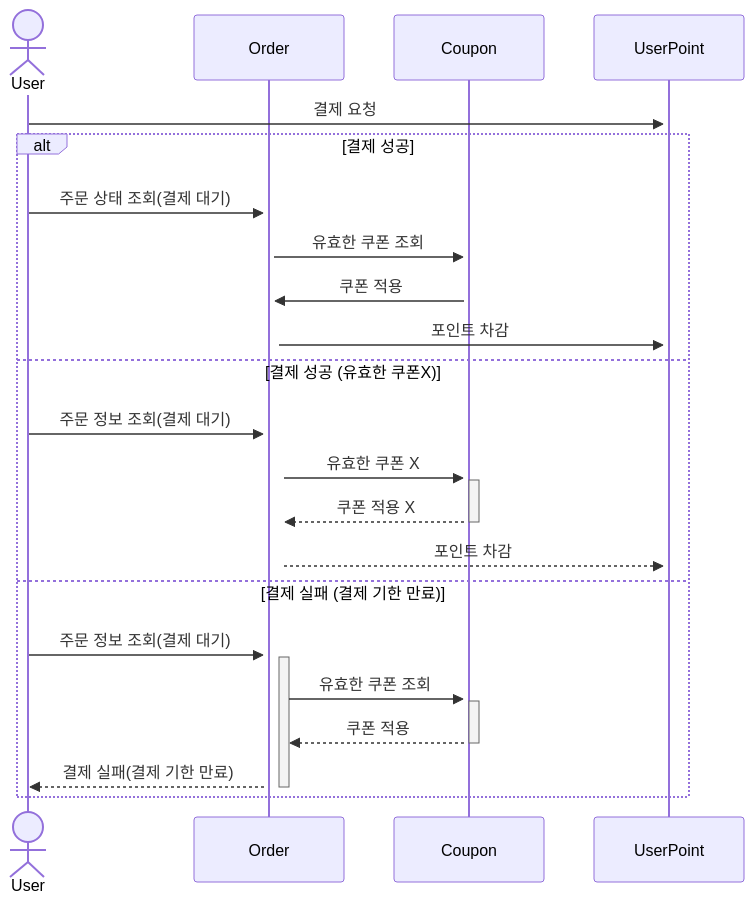
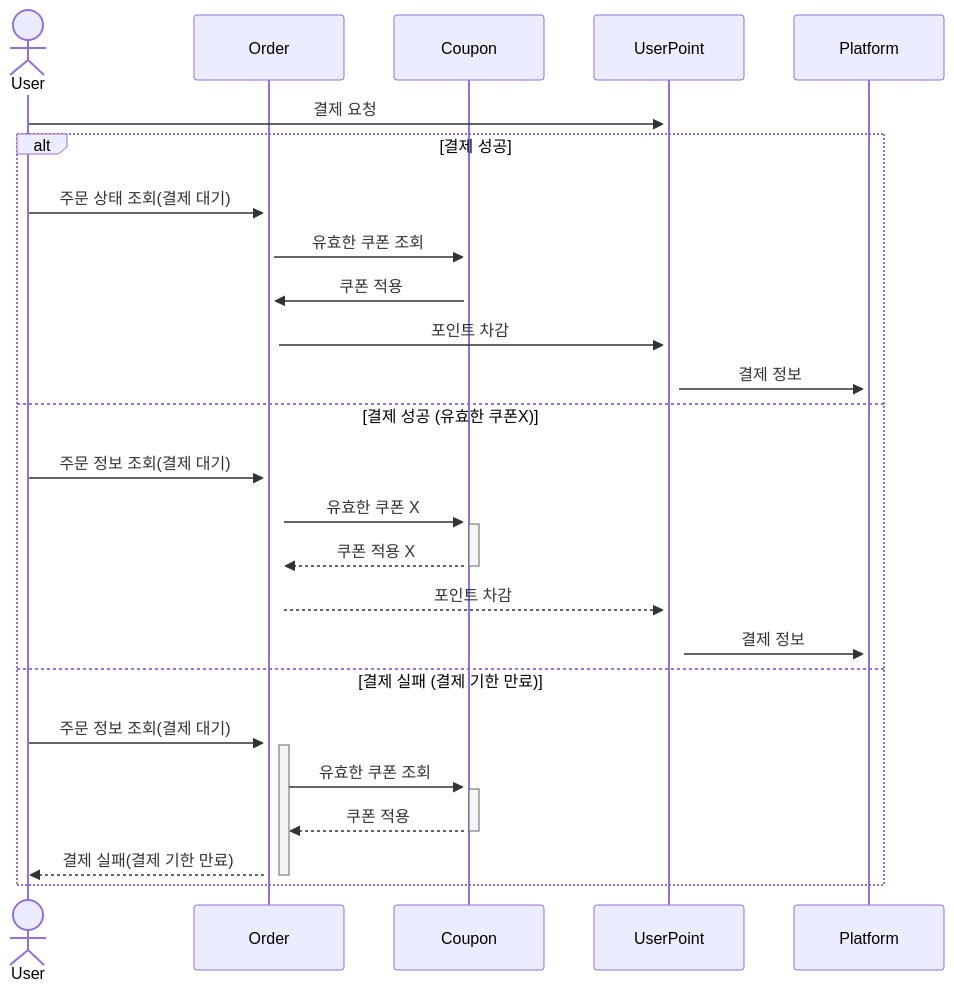
The sixth of 8 diagrams in docs/SequenceDiagram.md (Ssoyoung-J/e-commerce-service), drawn with Mermaid before and after one commit.

Commit message:
docs: SequenceDiagram 데이터 플랫폼 추가

````diff
--- a/docs/SequenceDiagram.md
+++ b/docs/SequenceDiagram.md
@@ -68,27 +68,30 @@
 ```mermaid
 sequenceDiagram
     actor User
     participant Order
     participant Coupon
     participant UserPoint
+    participant Platform
     
     User ->>+ UserPoint: 결제 요청
     alt 결제 성공 
         User ->>+ Order : 주문 상태 조회(결제 대기)
         Order ->>+ Coupon : 유효한 쿠폰 조회
         Coupon ->>+ Order: 쿠폰 적용
         Order ->>+ UserPoint: 포인트 차감
+        UserPoint ->>+ Platform: 결제 정보
     else 결제 성공 (유효한 쿠폰X)
         User ->>+ Order : 주문 정보 조회(결제 대기)
         Order ->>+ Coupon : 유효한 쿠폰 X
         Coupon -->>- Order: 쿠폰 적용 X
         Order -->>+ UserPoint: 포인트 차감
+        UserPoint ->>+ Platform: 결제 정보
     else 결제 실패 (결제 기한 만료) 
 %%    ex : 무통장 입금
         User ->>+ Order : 주문 정보 조회(결제 대기)
         Order ->>+ Coupon : 유효한 쿠폰 조회
         Coupon -->>- Order : 쿠폰 적용
         Order -->>- User : 결제 실패(결제 기한 만료)
         
     end
 ```
````
